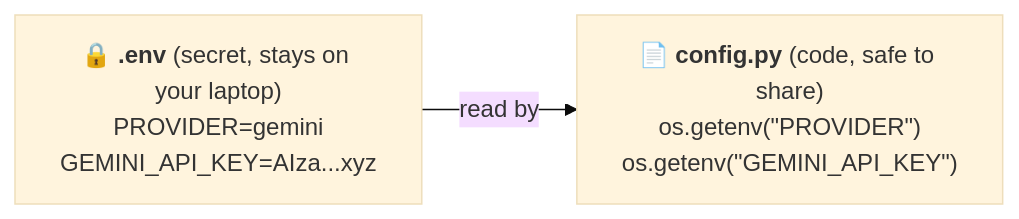
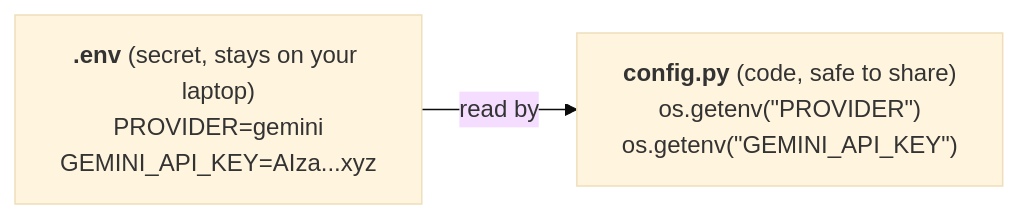
Diagram 13 of 36 in README.md (anandgaur22/ai-agent-python-demo), drawn with Mermaid (base theme) before and after one commit. The commit also changed other lines of this file, not shown here.

Commit message:
AI agent demo in Python with Ollama, Gemini and Groq

````diff
--- a/README.md
+++ b/README.md
@@ -627,4 +625,4 @@
 ```mermaid
 flowchart LR
-  E["🔒 <b>.env</b> (secret, stays on your laptop)<br/>PROVIDER=gemini<br/>GEMINI_API_KEY=AIza...xyz"] -- "read by" --> C["📄 <b>config.py</b> (code, safe to share)<br/>os.getenv(#quot;PROVIDER#quot;)<br/>os.getenv(#quot;GEMINI_API_KEY#quot;)"]
+  E["<b>.env</b> (secret, stays on your laptop)<br/>PROVIDER=gemini<br/>GEMINI_API_KEY=AIza...xyz"] -- "read by" --> C["<b>config.py</b> (code, safe to share)<br/>os.getenv(#quot;PROVIDER#quot;)<br/>os.getenv(#quot;GEMINI_API_KEY#quot;)"]
 ```
````
